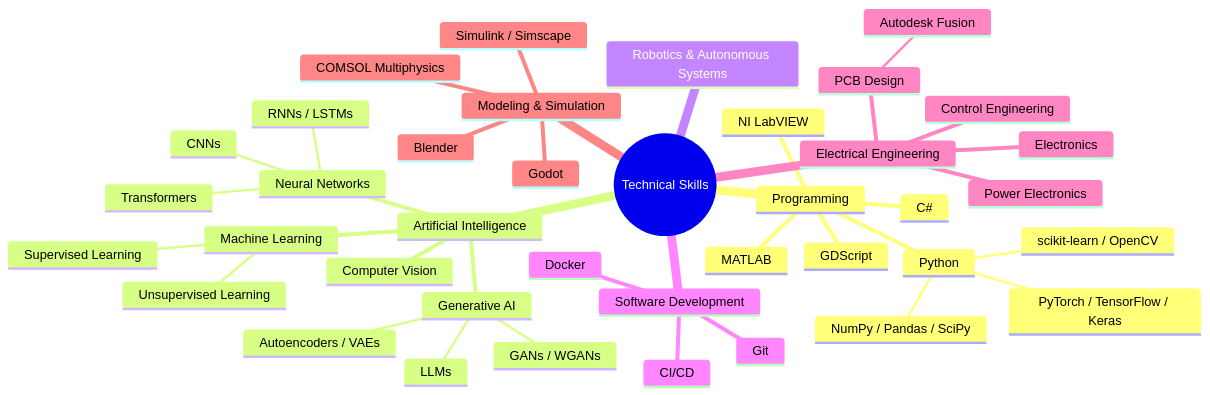
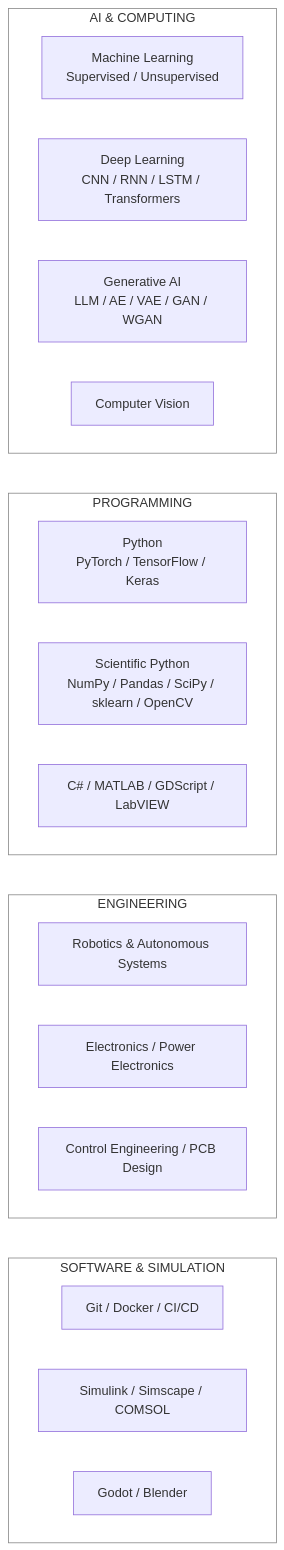
Before and after one commit to hashimzmn/hashimzmn: the diagram in README.md, drawn with Mermaid.

````diff
--- a/README.md
+++ b/README.md
@@ -3,47 +1,41 @@
 ```mermaid
-mindmap
-  root((Technical Skills))
-    Programming
-      Python
-        PyTorch / TensorFlow / Keras
-        NumPy / Pandas / SciPy
-        scikit-learn / OpenCV
-      C#
-      MATLAB
-      GDScript
-      NI LabVIEW
+flowchart TB
 
-    Artificial Intelligence
-      Machine Learning
-        Supervised Learning
-        Unsupervised Learning
-      Neural Networks
-        CNNs
-        RNNs / LSTMs
-        Transformers
-      Computer Vision
-      Generative AI
-        LLMs
-        Autoencoders / VAEs
-        GANs / WGANs
+    subgraph CORE["AI & COMPUTING"]
+        direction LR
+        A["Machine Learning<br/>Supervised / Unsupervised"]
+        B["Deep Learning<br/>CNN / RNN / LSTM / Transformers"]
+        C["Generative AI<br/>LLM / AE / VAE / GAN / WGAN"]
+        D["Computer Vision"]
+    end
 
-    Robotics & Autonomous Systems
+    subgraph PROGRAMMING["PROGRAMMING"]
+        direction LR
+        E["Python<br/>PyTorch / TensorFlow / Keras"]
+        F["Scientific Python<br/>NumPy / Pandas / SciPy / sklearn / OpenCV"]
+        G["C# / MATLAB / GDScript / LabVIEW"]
+    end
 
-    Software Development
-      Git
-      Docker
-      CI/CD
+    subgraph ENGINEERING["ENGINEERING"]
+        direction LR
+        H["Robotics & Autonomous Systems"]
+        I["Electronics / Power Electronics"]
+        J["Control Engineering / PCB Design"]
+    end
 
-    Electrical Engineering
-      Electronics
-      Power Electronics
-      PCB Design
-        Autodesk Fusion
-      Control Engineering
+    subgraph TOOLS["SOFTWARE & SIMULATION"]
+        direction LR
+        K["Git / Docker / CI/CD"]
+        L["Simulink / Simscape / COMSOL"]
+        M["Godot / Blender"]
+    end
 
-    Modeling & Simulation
-      Simulink / Simscape
-      COMSOL Multiphysics
-      Godot
-      Blender
+    CORE ~~~ PROGRAMMING
+    PROGRAMMING ~~~ ENGINEERING
+    ENGINEERING ~~~ TOOLS
+
+    style CORE fill:none,stroke:#888
+    style PROGRAMMING fill:none,stroke:#888
+    style ENGINEERING fill:none,stroke:#888
+    style TOOLS fill:none,stroke:#888
 ```
````
